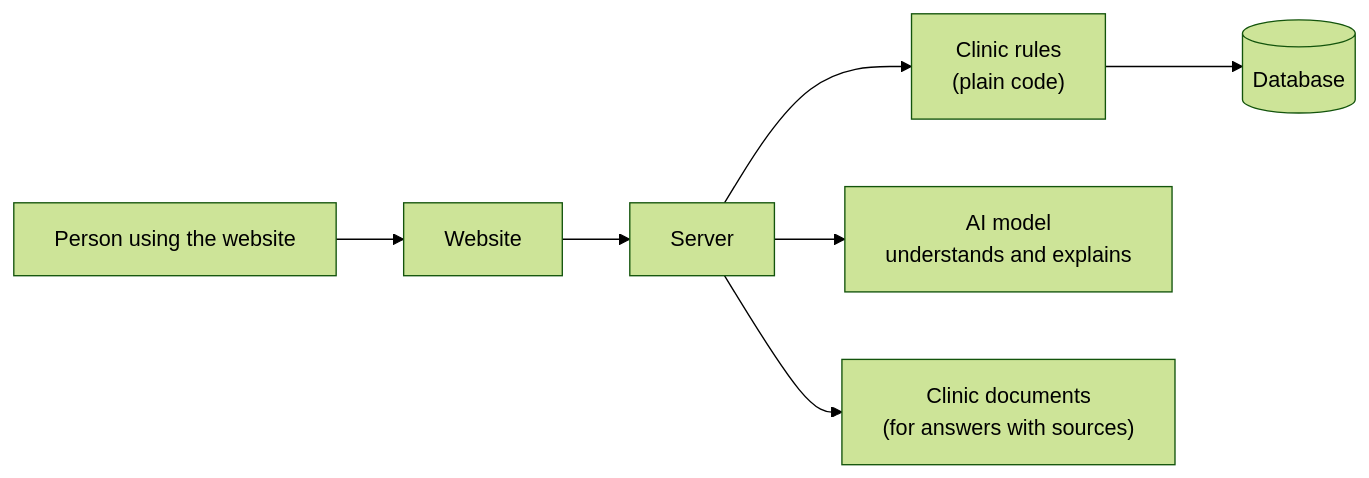
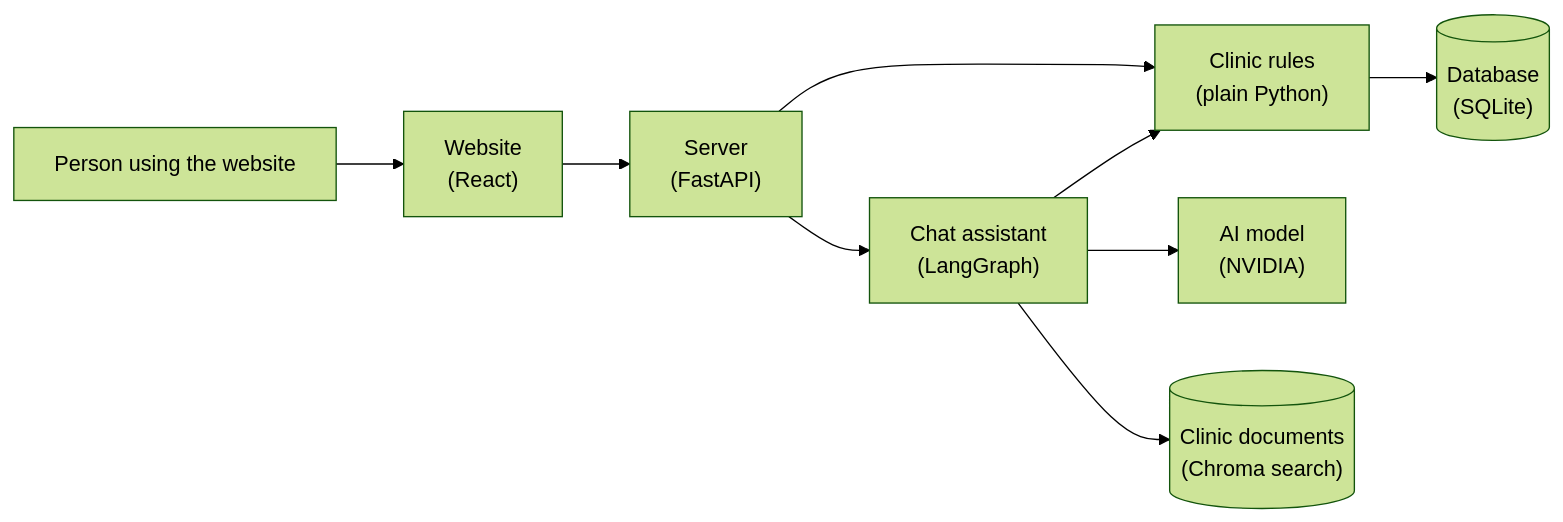
Before and after one commit to sanjana1925/netracare-iteration04: the second of 4 diagrams in README.md, drawn with Mermaid (forest theme). The commit also changed other lines of this file, not shown here.

Commit message:
README: add the technology names in plain words, with a simple built-with table

````diff
--- a/README.md
+++ b/README.md
@@ -79,9 +93,11 @@
 ```mermaid
 flowchart LR
-    P["Person using the website"] --> W["Website"]
-    W --> S["Server"]
-    S --> R["Clinic rules<br/>(plain code)"]
-    R --> D[("Database")]
-    S --> AI["AI model<br/>understands and explains"]
-    S --> K["Clinic documents<br/>(for answers with sources)"]
+    P["Person using the website"] --> W["Website<br/>(React)"]
+    W --> S["Server<br/>(FastAPI)"]
+    S --> R["Clinic rules<br/>(plain Python)"]
+    R --> D[("Database<br/>(SQLite)")]
+    S --> A["Chat assistant<br/>(LangGraph)"]
+    A --> AI["AI model<br/>(NVIDIA)"]
+    A --> K[("Clinic documents<br/>(Chroma search)")]
+    A --> R
 ```
````
